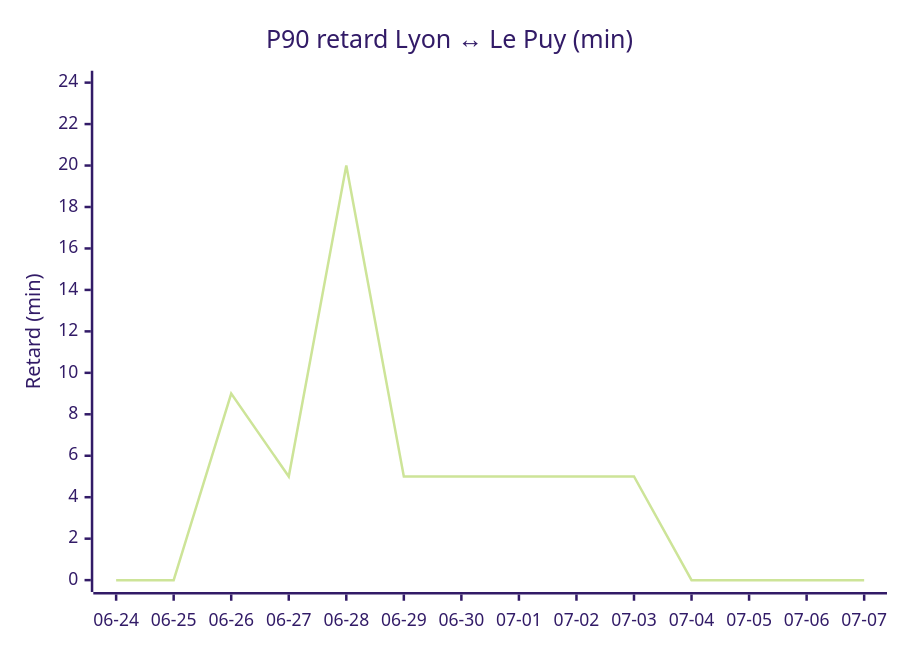
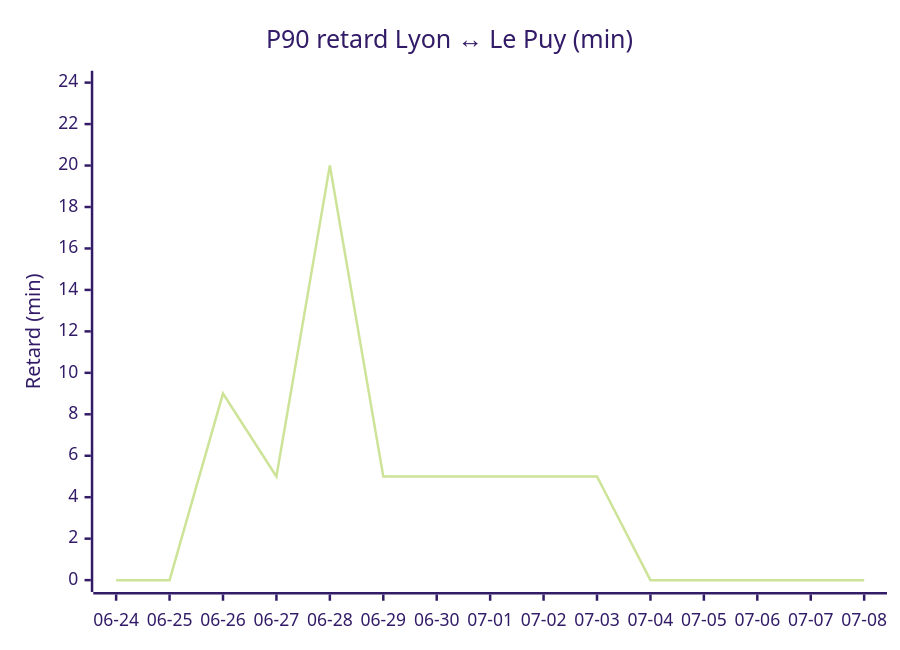
One commit to antoinerep/horaire-ter changed the third of 4 diagrams in STATS.md. Above: the diagram before and after it, drawn with Mermaid (forest theme). The commit also changed other lines of this file and 1 other file, not shown here.

````diff
--- a/STATS.md
+++ b/STATS.md
@@ -86,7 +87,7 @@
 ```mermaid
 xychart-beta
     title "P90 retard Lyon ↔ Le Puy (min)"
-    x-axis ["06-24", "06-25", "06-26", "06-27", "06-28", "06-29", "06-30", "07-01", "07-02", "07-03", "07-04", "07-05", "07-06", "07-07"]
+    x-axis ["06-24", "06-25", "06-26", "06-27", "06-28", "06-29", "06-30", "07-01", "07-02", "07-03", "07-04", "07-05", "07-06", "07-07", "07-08"]
     y-axis "Retard (min)" 0 --> 24
-    line [0.0, 0.0, 9.0, 5.0, 20.0, 5.0, 5.0, 5.0, 5.0, 5.0, 0.0, 0.0, 0.0, 0.0]
+    line [0.0, 0.0, 9.0, 5.0, 20.0, 5.0, 5.0, 5.0, 5.0, 5.0, 0.0, 0.0, 0.0, 0.0, 0.0]
 ```
````
